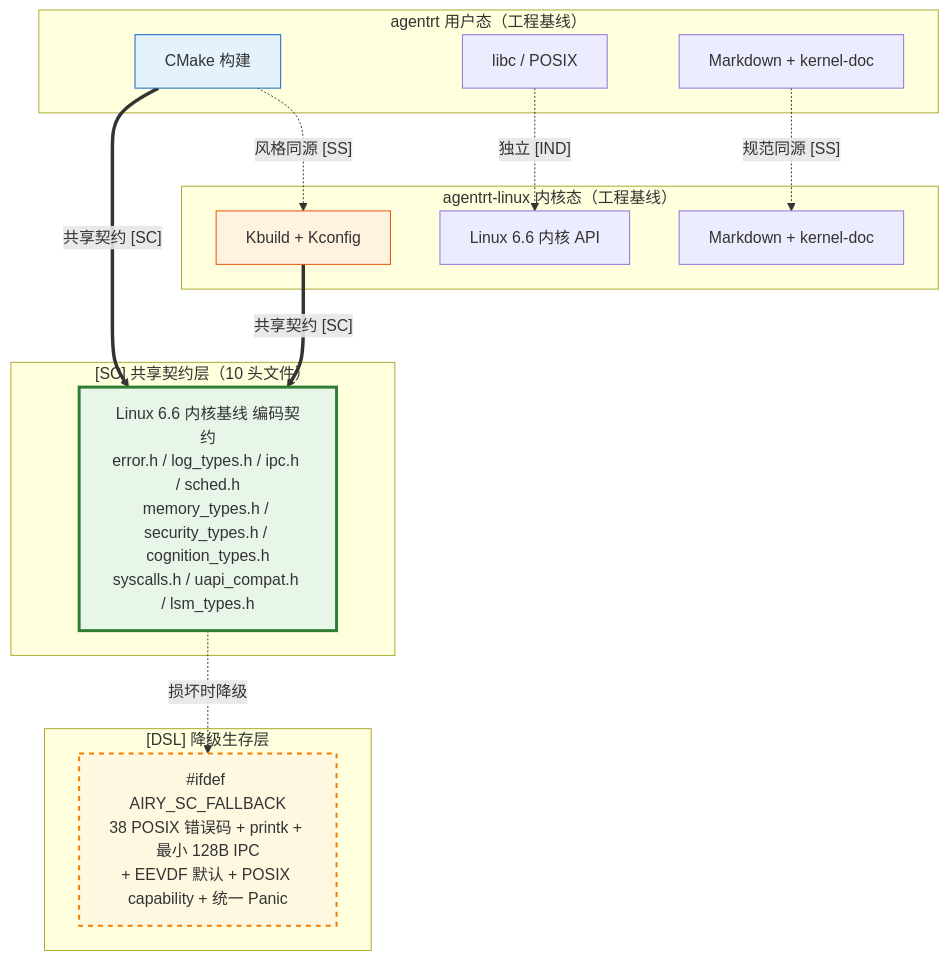
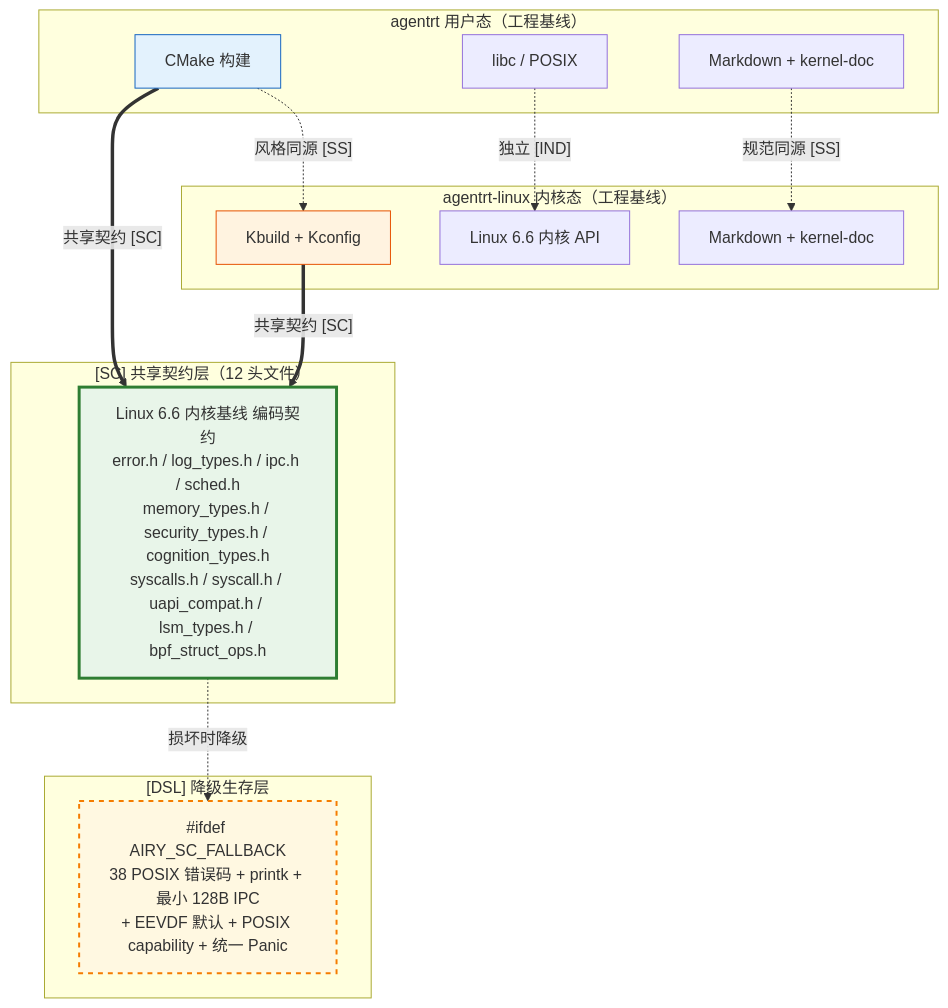
The diagram in AirymaxOS/10-architecture/04-engineering-baseline.md (openairymax/docs), drawn with Mermaid before and after one commit. The commit also changed other lines of this file and 135 other files, not shown here.

````diff
--- a/AirymaxOS/10-architecture/04-engineering-baseline.md
+++ b/AirymaxOS/10-architecture/04-engineering-baseline.md
@@ -635,36 +637,36 @@
 ```mermaid
 graph TB
     subgraph "agentrt 用户态（工程基线）"
         RT_CMAKE[CMake 构建]
         RT_LIBC[libc / POSIX]
         RT_DOC[Markdown + kernel-doc]
     end
 
     subgraph "agentrt-linux 内核态（工程基线）"
         OS_KBUILD[Kbuild + Kconfig]
         OS_LINUX[Linux 6.6 内核 API]
         OS_DOC[Markdown + kernel-doc]
     end
 
-    subgraph "[SC] 共享契约层（10 头文件）"
-        SC[Linux 6.6 内核基线 编码契约<br/>error.h / log_types.h / ipc.h / sched.h<br/>memory_types.h / security_types.h / cognition_types.h<br/>syscalls.h / uapi_compat.h / lsm_types.h]
+    subgraph "[SC] 共享契约层（12 头文件）"
+        SC[Linux 6.6 内核基线 编码契约<br/>error.h / log_types.h / ipc.h / sched.h<br/>memory_types.h / security_types.h / cognition_types.h<br/>syscalls.h / syscall.h / uapi_compat.h / lsm_types.h / bpf_struct_ops.h]
     end
 
     subgraph "[DSL] 降级生存层"
         DSL["#ifdef AIRY_SC_FALLBACK<br/>38 POSIX 错误码 + printk + 最小 128B IPC<br/>+ EEVDF 默认 + POSIX capability + 统一 Panic"]
     end
 
     RT_CMAKE -.->|"风格同源 [SS]"| OS_KBUILD
     RT_LIBC -.->|"独立 [IND]"| OS_LINUX
     RT_DOC -.->|"规范同源 [SS]"| OS_DOC
 
     RT_CMAKE ==>|"共享契约 [SC]"| SC
     OS_KBUILD ==>|"共享契约 [SC]"| SC
 
     SC -.->|"损坏时降级"| DSL
 
     style SC fill:#e8f5e9,stroke:#2e7d32,stroke-width:3px
     style DSL fill:#fff8e1,stroke:#f57c00,stroke-width:2px,stroke-dasharray: 5 5
     style RT_CMAKE fill:#e3f2fd,stroke:#1565c0
     style OS_KBUILD fill:#fff3e0,stroke:#e65100
 ```
````
